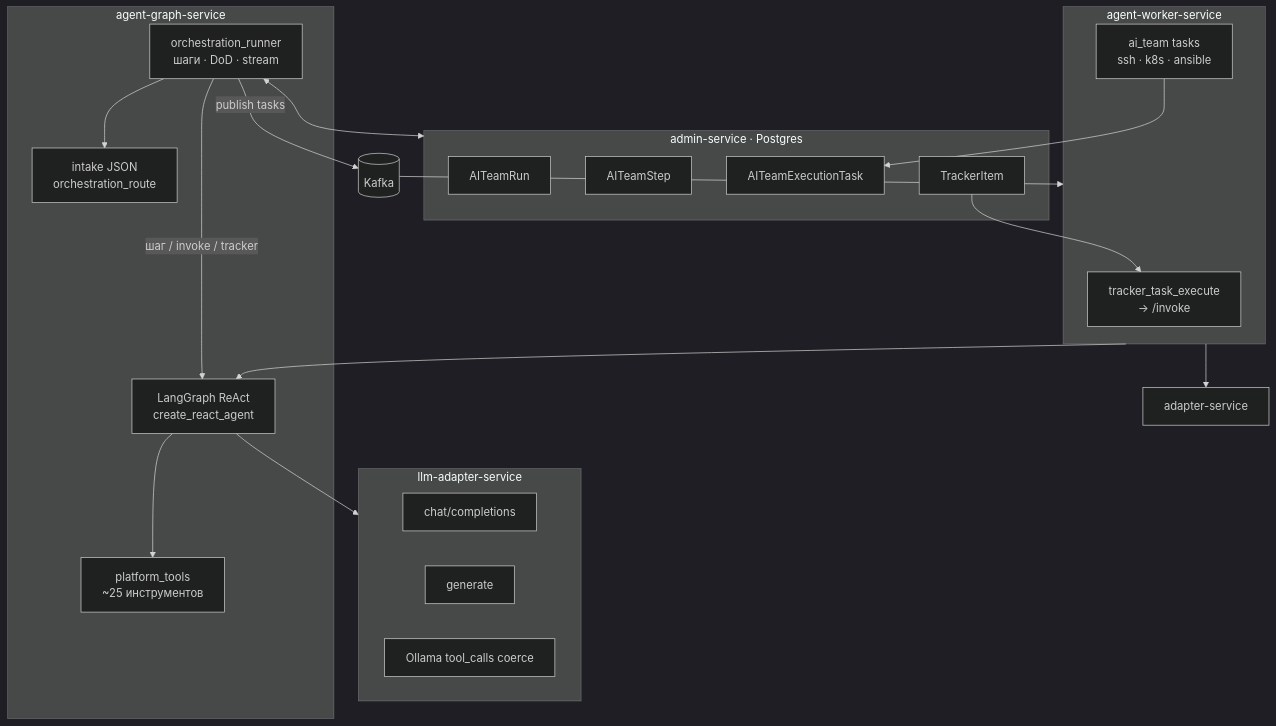
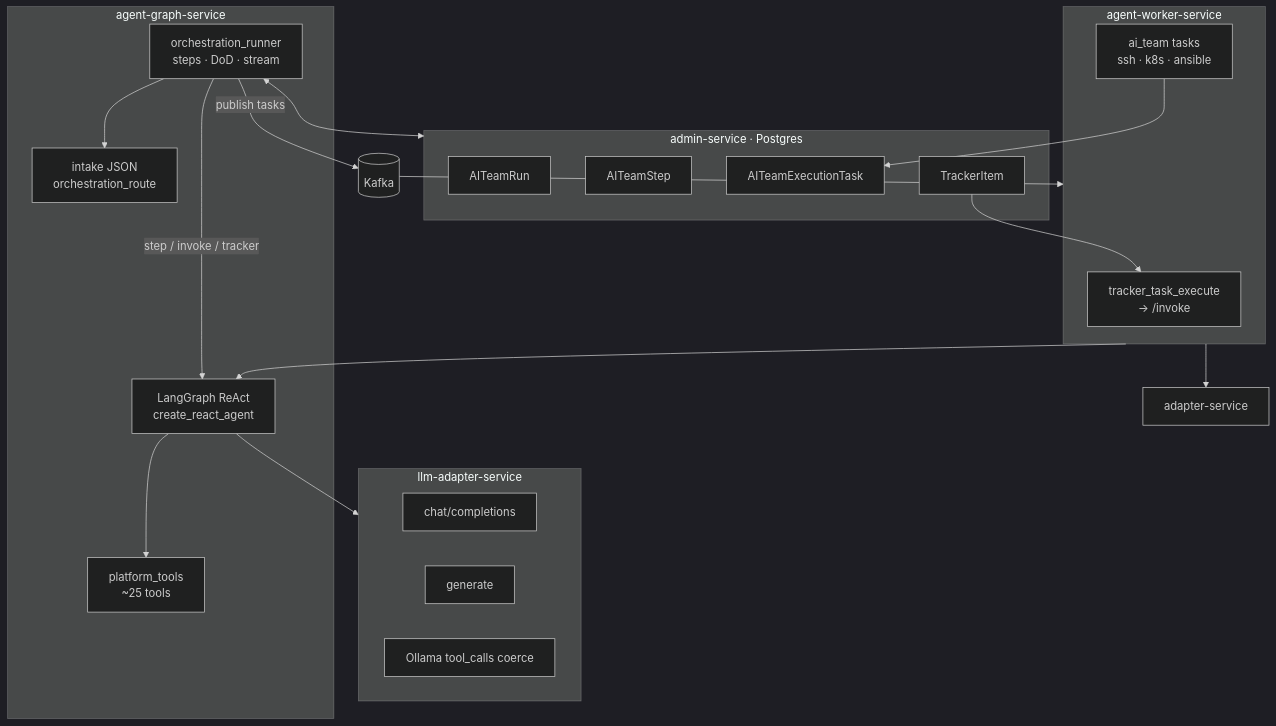
The third of 17 diagrams in Architecture.md (sergey-show/lambot-platform), drawn with Mermaid (dark theme) before and after one commit. The commit also changed other lines of this file and 119 other files, not shown here.

````diff
--- a/Architecture.md
+++ b/Architecture.md
@@ -166,39 +166,39 @@
 ```mermaid
 flowchart TB
   subgraph RUNTIME["agent-graph-service"]
-    ORCH["orchestration_runner<br/>шаги · DoD · stream"]
+    ORCH["orchestration_runner<br/>steps · DoD · stream"]
     ROUTE["intake JSON<br/>orchestration_route"]
     GRAPH["LangGraph ReAct<br/>create_react_agent"]
-    PT["platform_tools<br/>~25 инструментов"]
+    PT["platform_tools<br/>~25 tools"]
     ORCH --> ROUTE
-    ORCH -->|шаг / invoke / tracker| GRAPH
+    ORCH -->|step / invoke / tracker| GRAPH
     GRAPH --> PT
   end
 
   subgraph MODEL["llm-adapter-service"]
     CHAT["chat/completions"]
     GEN["generate"]
     COERCE["Ollama tool_calls coerce"]
   end
 
   subgraph STORE["admin-service · Postgres"]
     RUN["AITeamRun"]
     STEPS["AITeamStep"]
     ETASK["AITeamExecutionTask"]
     TRK["TrackerItem"]
   end
 
   subgraph WORKER["agent-worker-service"]
     W_TRK["tracker_task_execute<br/>→ /invoke"]
     W_EXEC["ai_team tasks<br/>ssh · k8s · ansible"]
   end
 
   ORCH <--> STORE
   GRAPH --> MODEL
   ORCH -->|publish tasks| KF[("Kafka")]
   KF --> WORKER
   WORKER --> GRAPH
   WORKER --> ADP["adapter-service"]
   W_EXEC --> ETASK
   TRK --> W_TRK
 ```
````
